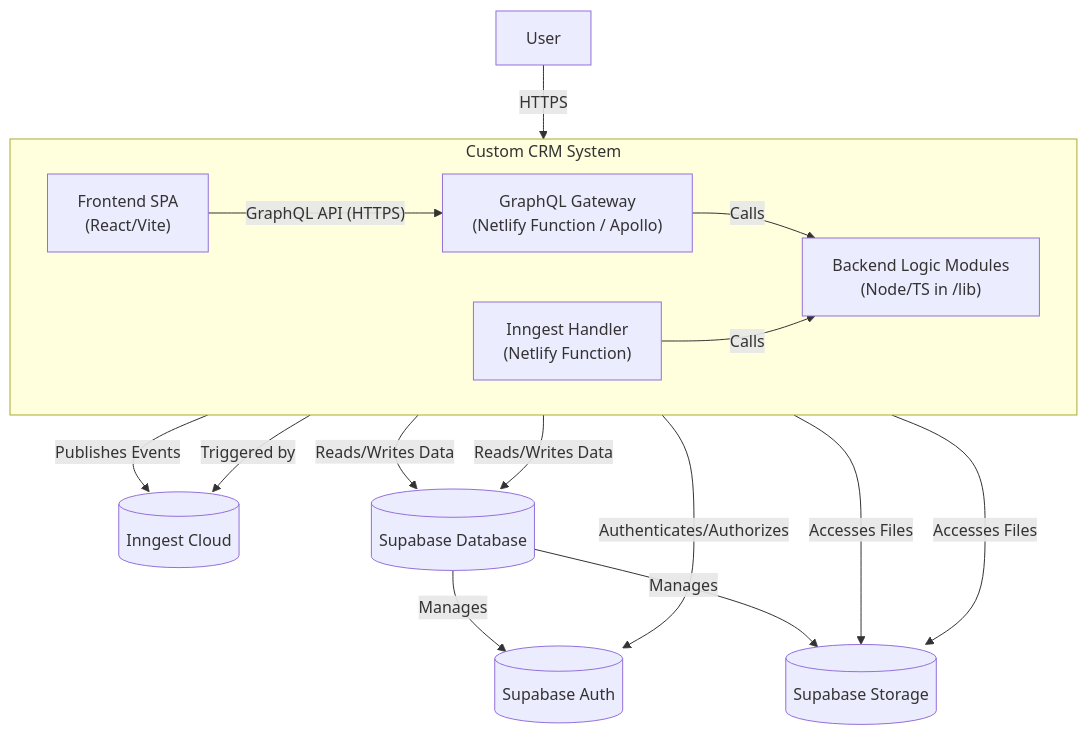
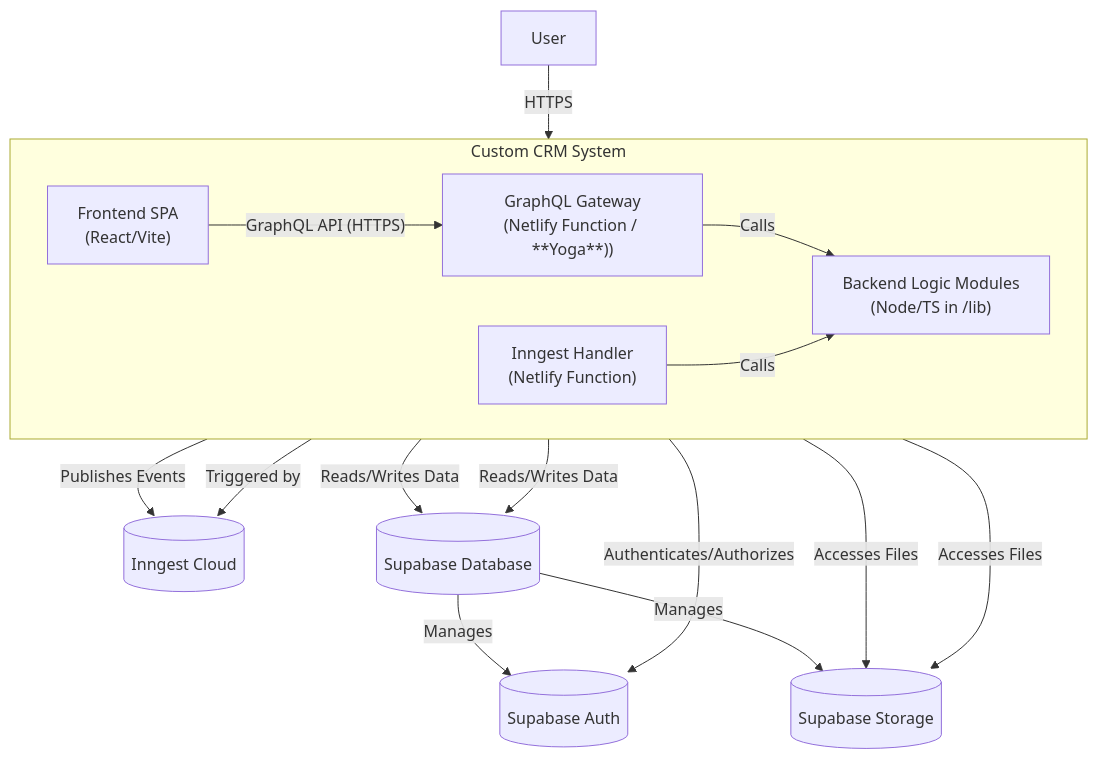
One commit to tomaskovarik271/PIPECD changed the second of 4 diagrams in ADR.md. Above: the diagram before and after it, drawn with Mermaid. The commit also changed other lines of this file and 32 other files, not shown here.

Commit message:
feat: Implement GraphQL API and backend logic for Contacts CRUD

````diff
--- a/ADR.md
+++ b/ADR.md
@@ -54,26 +54,26 @@
 ```mermaid
 graph TD
     subgraph crm [Custom CRM System]
         direction LR
         frontend["Frontend SPA\n(React/Vite)"]
-        gateway["GraphQL Gateway\n(Netlify Function / Apollo)"]
+        gateway["GraphQL Gateway\n(Netlify Function / **Yoga**))"]
         inngesthandler["Inngest Handler\n(Netlify Function)"]
         logic["Backend Logic Modules\n(Node/TS in /lib)"]
     end
 
     user[User] -- HTTPS --> frontend
     frontend -- GraphQL API (HTTPS) --> gateway
     gateway -- Calls --> logic
     gateway -- Authenticates/Authorizes --> supabase_auth[(Supabase Auth)]
     gateway -- Publishes Events --> inngest[(Inngest Cloud)]
     logic -- Reads/Writes Data --> supabase_db[(Supabase Database)]
     logic -- Accesses Files --> supabase_storage[(Supabase Storage)]
     inngesthandler -- Triggered by --> inngest
     inngesthandler -- Calls --> logic
     inngesthandler -- Reads/Writes Data --> supabase_db
     inngesthandler -- Accesses Files --> supabase_storage
 
     %% External Systems
     supabase_db -- Manages --> supabase_auth
     supabase_db -- Manages --> supabase_storage
 ```
````
